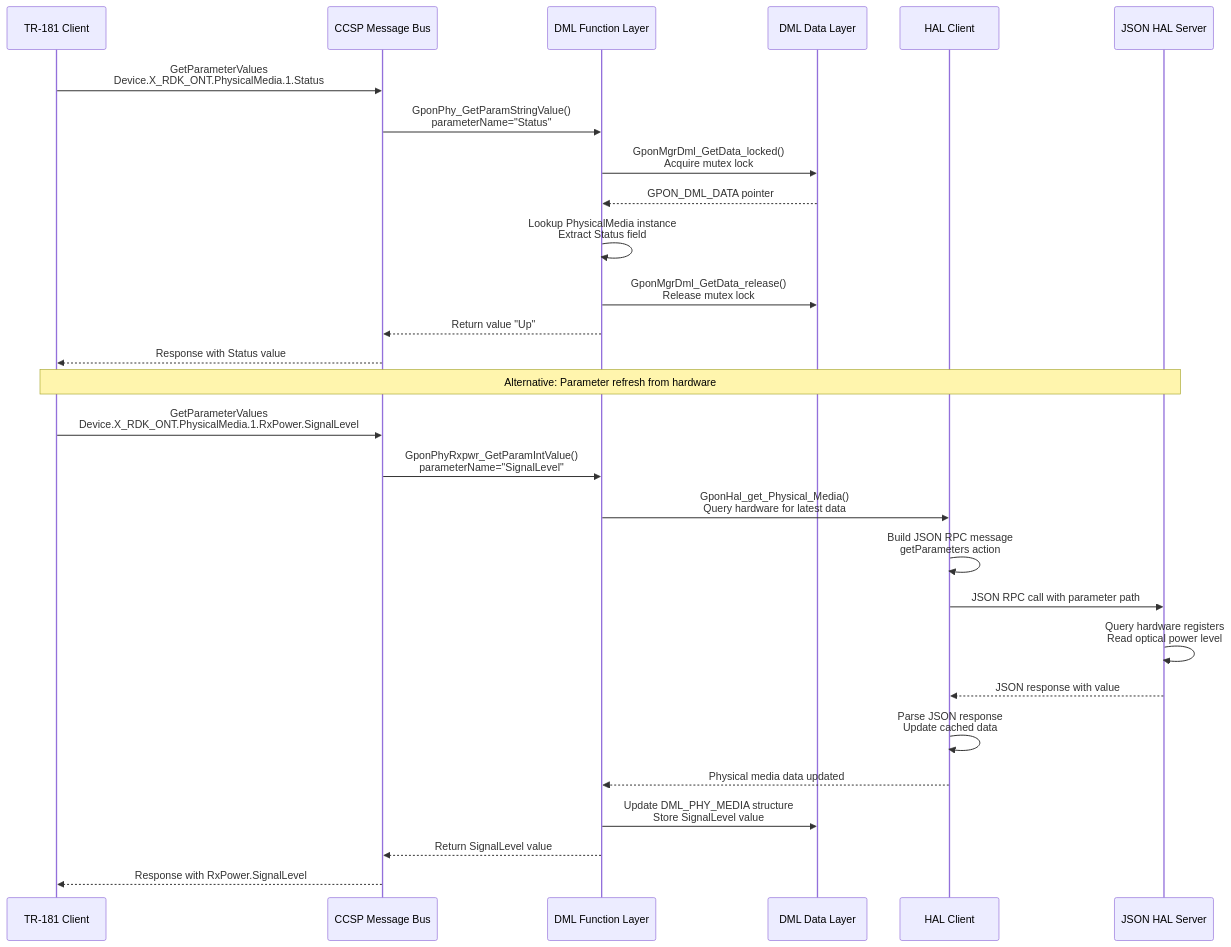
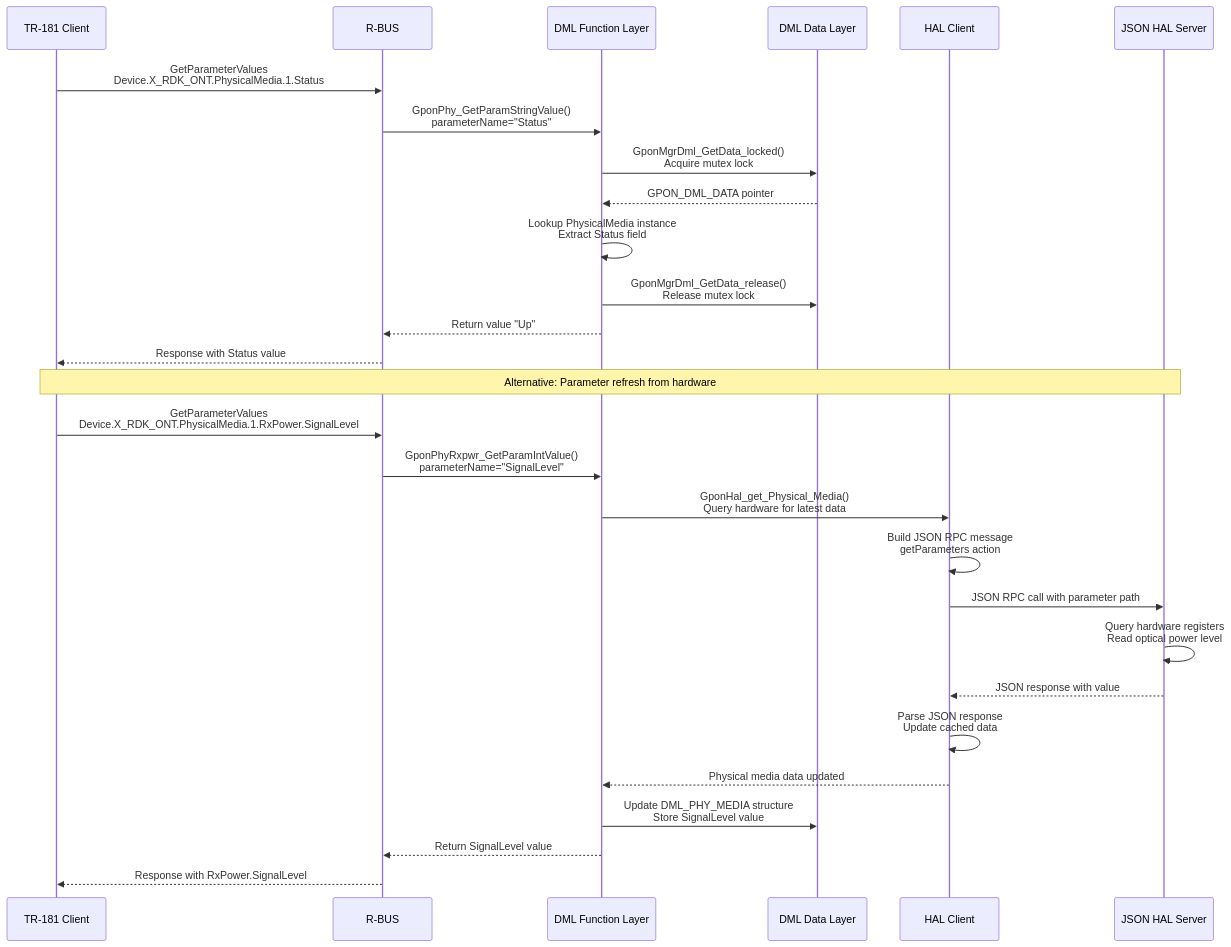
One commit to rdkcentral/RdkGponManager changed the fifth of 7 diagrams in README.md. Above: the diagram before and after it, drawn with Mermaid. The commit also changed other lines of this file, not shown here.

````diff
--- a/README.md
+++ b/README.md
@@ -278,33 +274,33 @@
 ```mermaid
 sequenceDiagram
     participant Client as TR-181 Client
-    participant MsgBus as CCSP Message Bus
+    participant MsgBus as R-BUS
     participant DML as DML Function Layer
     participant Data as DML Data Layer
     participant HAL as HAL Client
     participant Server as JSON HAL Server
 
     Client->>MsgBus: GetParameterValues<br/>Device.X_RDK_ONT.PhysicalMedia.1.Status
     MsgBus->>DML: GponPhy_GetParamStringValue()<br/>parameterName="Status"
     DML->>Data: GponMgrDml_GetData_locked()<br/>Acquire mutex lock
     Data-->>DML: GPON_DML_DATA pointer
     DML->>DML: Lookup PhysicalMedia instance<br/>Extract Status field
     DML->>Data: GponMgrDml_GetData_release()<br/>Release mutex lock
     DML-->>MsgBus: Return value "Up"
     MsgBus-->>Client: Response with Status value
 
     Note over Client,Server: Alternative: Parameter refresh from hardware
 
     Client->>MsgBus: GetParameterValues<br/>Device.X_RDK_ONT.PhysicalMedia.1.RxPower.SignalLevel
     MsgBus->>DML: GponPhyRxpwr_GetParamIntValue()<br/>parameterName="SignalLevel"
     DML->>HAL: GponHal_get_Physical_Media()<br/>Query hardware for latest data
     HAL->>HAL: Build JSON RPC message<br/>getParameters action
     HAL->>Server: JSON RPC call with parameter path
     Server->>Server: Query hardware registers<br/>Read optical power level
     Server-->>HAL: JSON response with value
     HAL->>HAL: Parse JSON response<br/>Update cached data
     HAL-->>DML: Physical media data updated
     DML->>Data: Update DML_PHY_MEDIA structure<br/>Store SignalLevel value
     DML-->>MsgBus: Return SignalLevel value
     MsgBus-->>Client: Response with RxPower.SignalLevel
 ```
````
